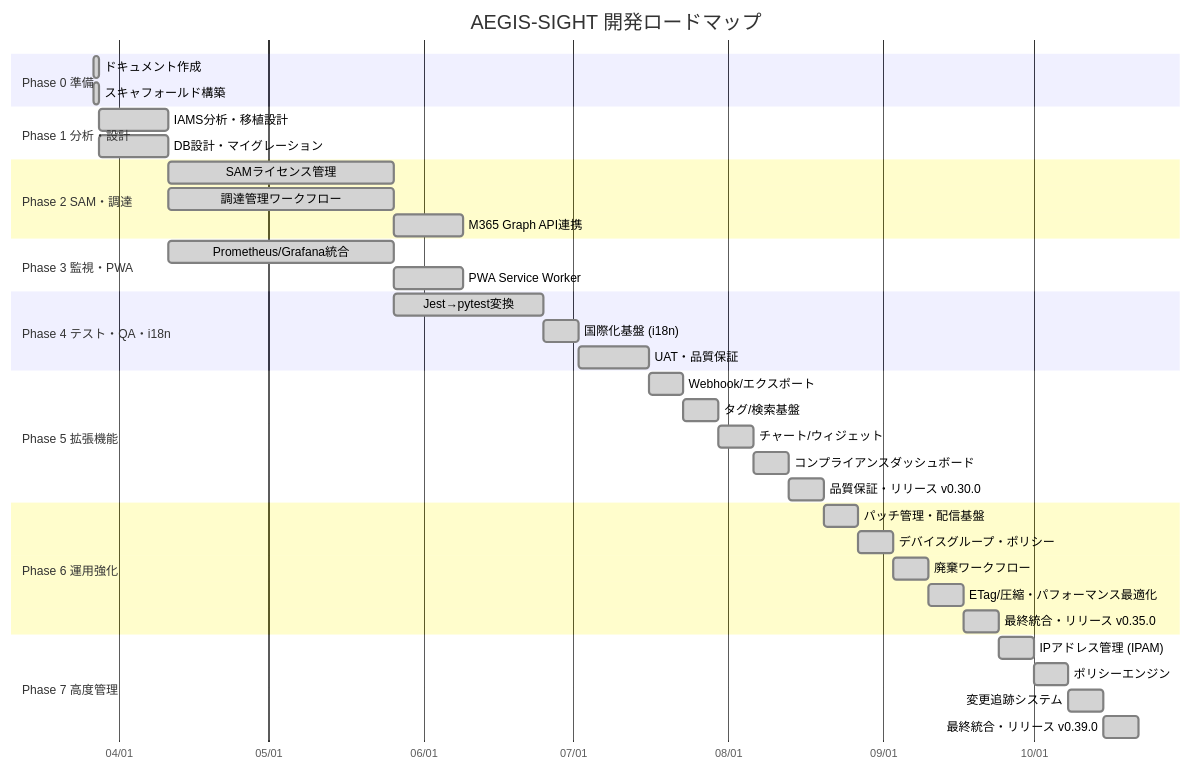
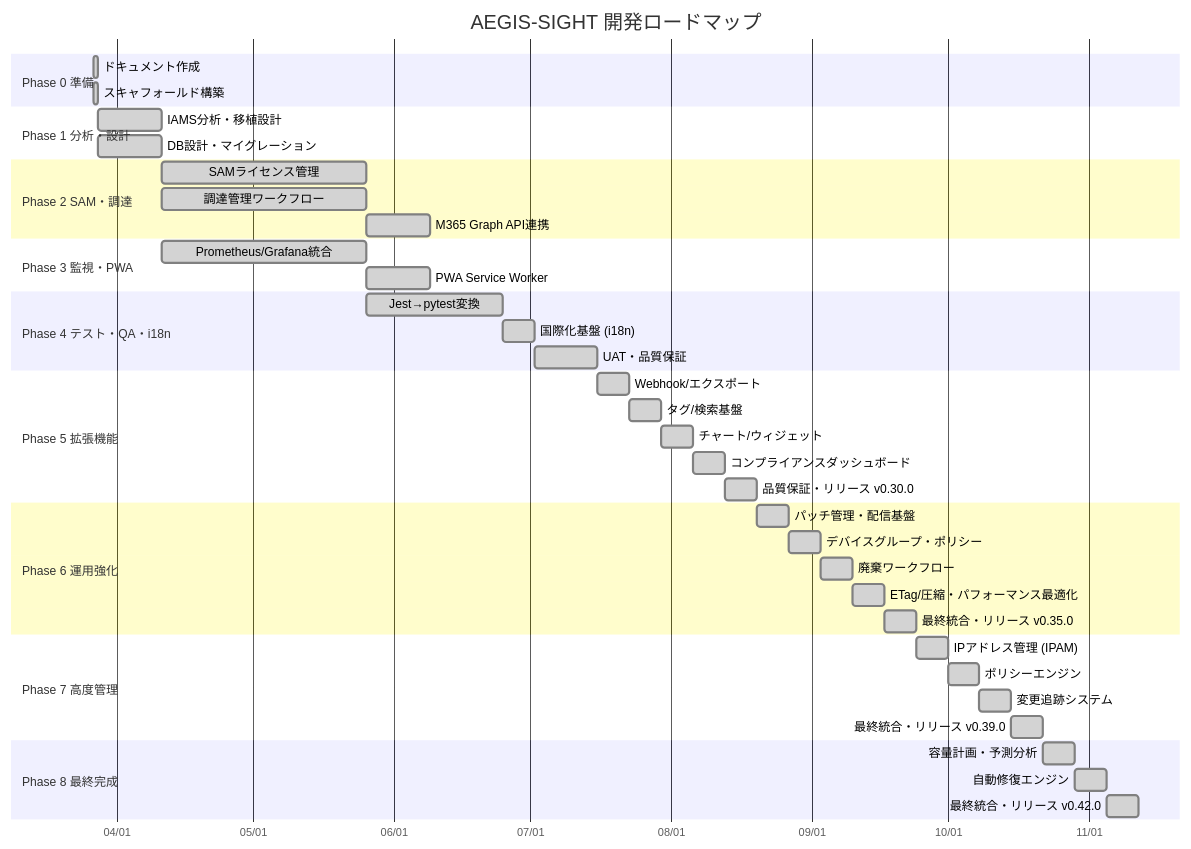
Before and after one commit to Kensan196948G/AEGIS-SIGHT: the second of 3 diagrams in README.md, drawn with Mermaid. The commit also changed other lines of this file and 3 other files, not shown here.

````diff
--- a/README.md
+++ b/README.md
@@ -264,48 +266,53 @@
 ```mermaid
 gantt
     title AEGIS-SIGHT 開発ロードマップ
     dateFormat  YYYY-MM-DD
     axisFormat  %m/%d
 
     section Phase 0 準備
     ドキュメント作成           :done, p0a, 2026-03-27, 1d
     スキャフォールド構築       :done, p0b, 2026-03-27, 1d
 
     section Phase 1 分析・設計
     IAMS分析・移植設計         :done, p1a, 2026-03-28, 14d
     DB設計・マイグレーション   :done, p1b, 2026-03-28, 14d
 
     section Phase 2 SAM・調達
     SAMライセンス管理          :done, p2a, after p1a, 45d
     調達管理ワークフロー       :done, p2b, after p1a, 45d
     M365 Graph API連携         :done, p2c, after p2a, 14d
 
     section Phase 3 監視・PWA
     Prometheus/Grafana統合      :done, p3a, after p1a, 45d
     PWA Service Worker          :done, p3b, after p3a, 14d
 
     section Phase 4 テスト・QA・i18n
     Jest→pytest変換            :done, p4a, after p2a, 30d
     国際化基盤 (i18n)           :done, p4c, after p4a, 7d
     UAT・品質保証              :done, p4b, after p4c, 14d
 
     section Phase 5 拡張機能
     Webhook/エクスポート        :done, p5a, after p4b, 7d
     タグ/検索基盤               :done, p5b, after p5a, 7d
     チャート/ウィジェット       :done, p5c, after p5b, 7d
     コンプライアンスダッシュボード :done, p5d, after p5c, 7d
     品質保証・リリース v0.30.0  :done, p5e, after p5d, 7d
 
     section Phase 6 運用強化
     パッチ管理・配信基盤        :done, p6a, after p5e, 7d
     デバイスグループ・ポリシー  :done, p6b, after p6a, 7d
     廃棄ワークフロー            :done, p6c, after p6b, 7d
     ETag/圧縮・パフォーマンス最適化 :done, p6d, after p6c, 7d
     最終統合・リリース v0.35.0  :done, p6e, after p6d, 7d
 
     section Phase 7 高度管理
     IPアドレス管理 (IPAM)        :done, p7a, after p6e, 7d
     ポリシーエンジン              :done, p7b, after p7a, 7d
     変更追跡システム              :done, p7c, after p7b, 7d
     最終統合・リリース v0.39.0    :done, p7d, after p7c, 7d
+
+    section Phase 8 最終完成
+    容量計画・予測分析            :done, p8a, after p7d, 7d
+    自動修復エンジン              :done, p8b, after p8a, 7d
+    最終統合・リリース v0.42.0    :done, p8c, after p8b, 7d
 ```
````
